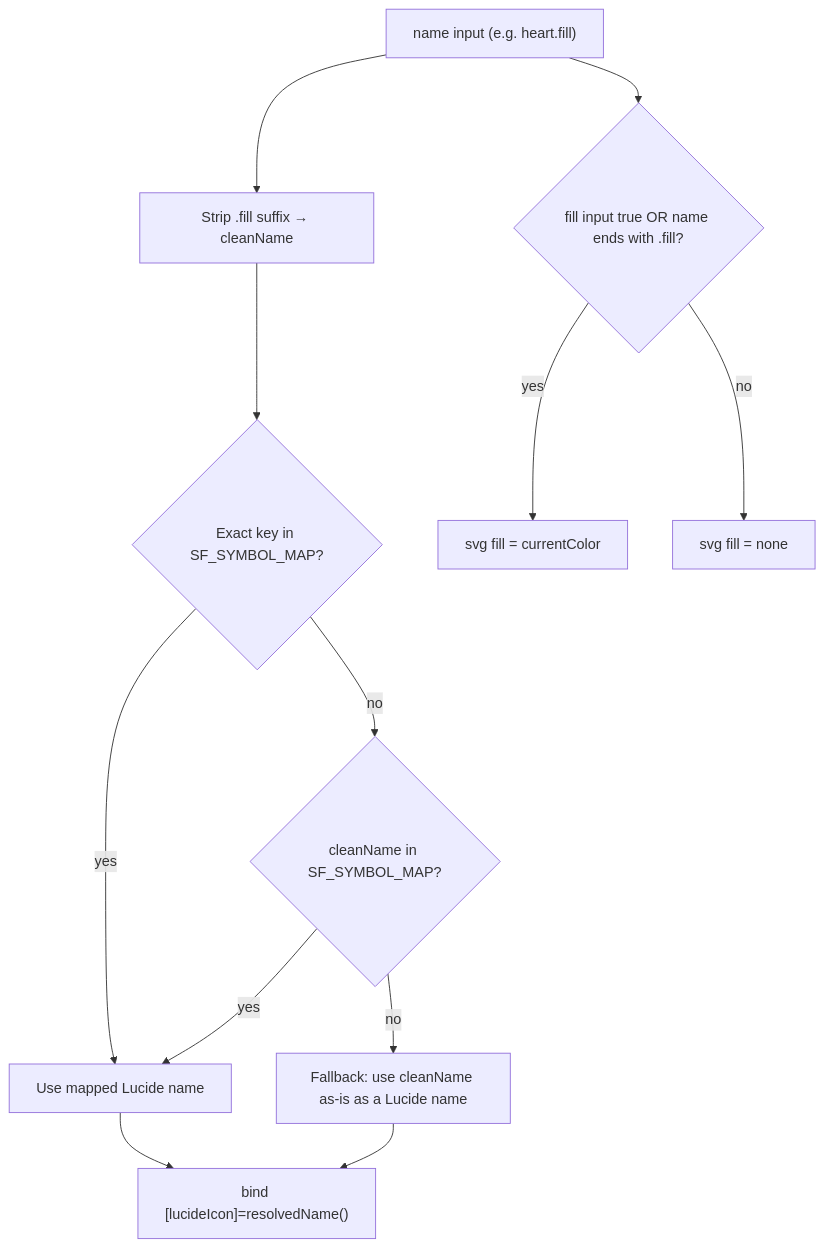
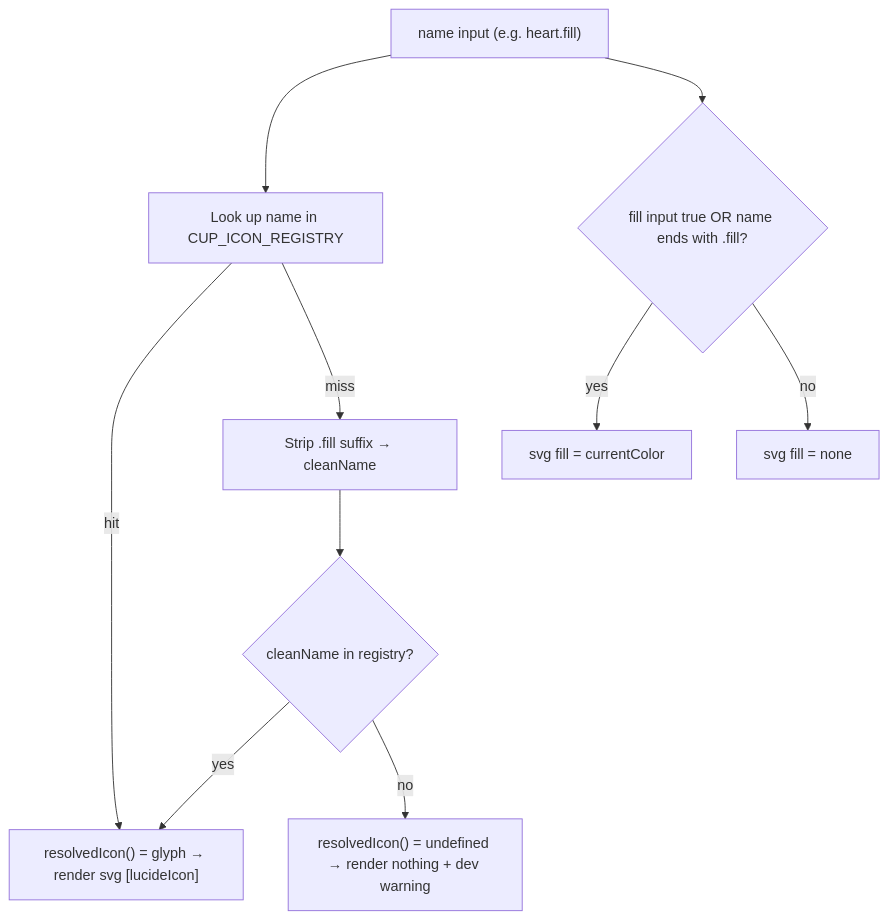
One commit to gacc94/ngx-cupertino changed the diagram in libs/icons/ARCHITECTURE.md. Above: the diagram before and after it, drawn with Mermaid. The commit also changed other lines of this file and 1 other file, not shown here.

First line of the commit message:
docs(icons): refresh README/ARCHITECTURE for current API + tree-shaking caveat

````diff
--- a/libs/icons/ARCHITECTURE.md
+++ b/libs/icons/ARCHITECTURE.md
@@ -88,14 +115,12 @@
 ```mermaid
 flowchart TD
-    A["name input (e.g. heart.fill)"] --> B[Strip .fill suffix → cleanName]
-    B --> C{Exact key in SF_SYMBOL_MAP?}
-    C -- yes --> D[Use mapped Lucide name]
-    C -- no --> E{cleanName in SF_SYMBOL_MAP?}
-    E -- yes --> D
-    E -- no --> F[Fallback: use cleanName as-is as a Lucide name]
-    D --> G["bind [lucideIcon]=resolvedName()"]
-    F --> G
+    A["name input (e.g. heart.fill)"] --> B[Look up name in CUP_ICON_REGISTRY]
+    B -- hit --> G["resolvedIcon() = glyph → render svg [lucideIcon]"]
+    B -- miss --> C[Strip .fill suffix → cleanName]
+    C --> D{cleanName in registry?}
+    D -- yes --> G
+    D -- no --> E["resolvedIcon() = undefined → render nothing + dev warning"]
     A --> H{fill input true OR name ends with .fill?}
     H -- yes --> I["svg fill = currentColor"]
     H -- no --> J["svg fill = none"]
 ```
````
